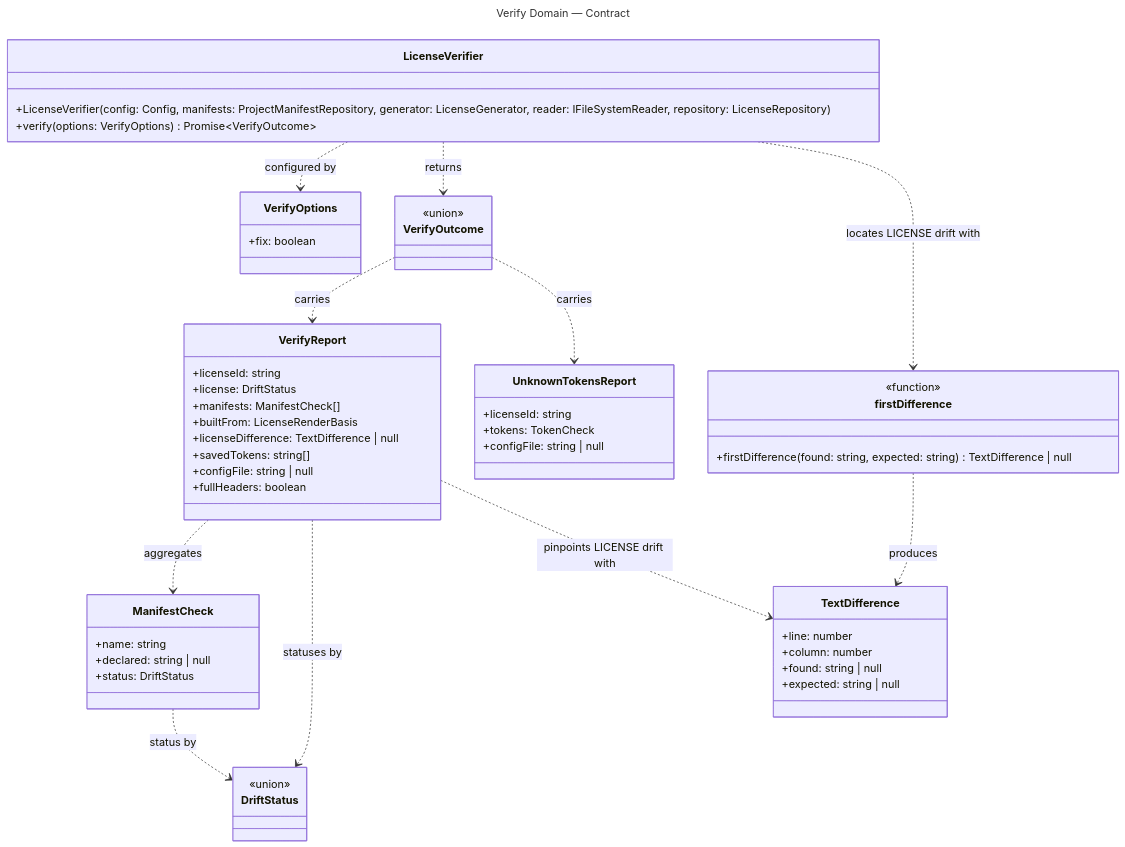
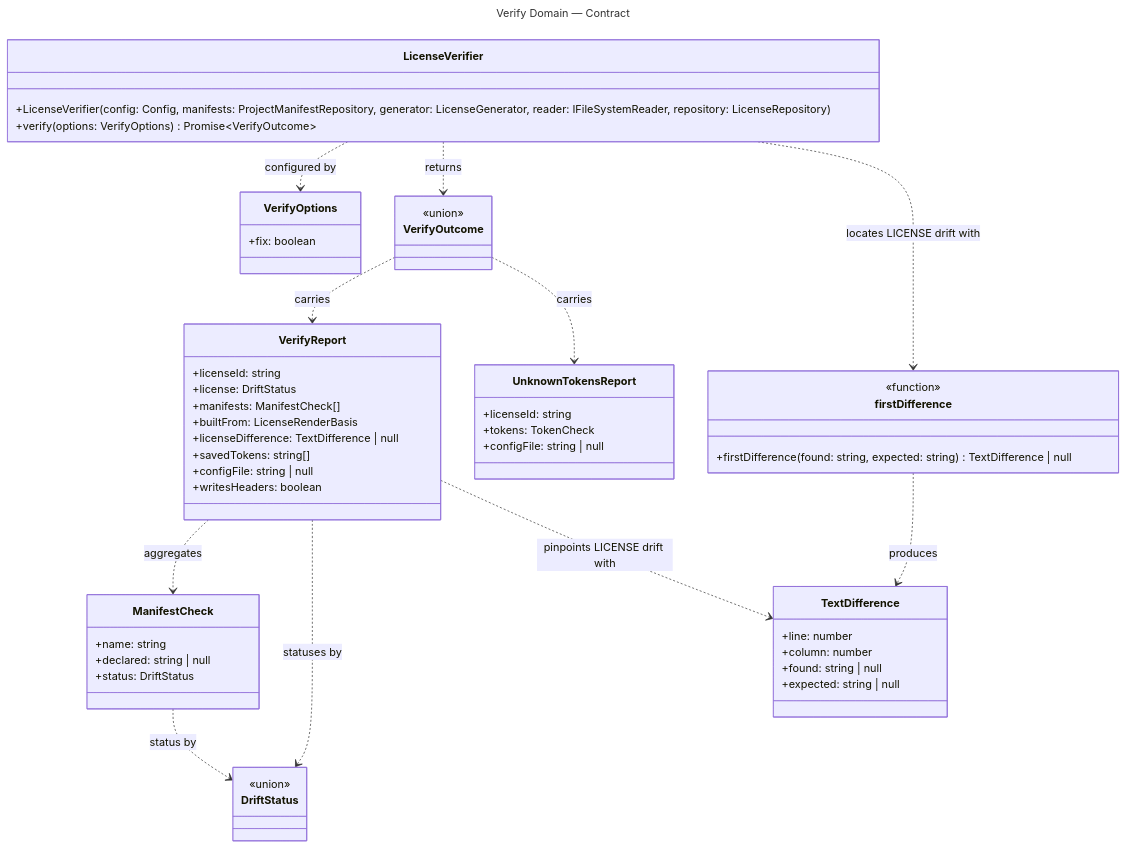
Before and after one commit to erdembircan/license-wizard: the diagram in docs/contracts/domains/verify.mmd, drawn with Mermaid. The commit also changed 8 other files, not shown here.

```diff
--- a/docs/contracts/domains/verify.mmd
+++ b/docs/contracts/domains/verify.mmd
@@ -1,75 +1,75 @@
 ---
 title: Verify Domain — Contract
 ---
 classDiagram
   direction TB
 
   %% Domain: Verify (src root)
   %% Focused per-domain view extracted from ../class-diagram.mmd.
   %% Shows ONLY Verify-domain classes and their intra-domain relationships.
   %% Cross-domain relationships (LicenseWizard creates the verifier; the verifier
   %% reads Configuration, re-renders through Licensing, reads the LICENSE file)
   %% are intentionally omitted — see ../class-diagram.mmd for the full picture.
 
   class LicenseVerifier {
     +LicenseVerifier(config: Config, manifests: ProjectManifestRepository, generator: LicenseGenerator, reader: IFileSystemReader, repository: LicenseRepository)
     +verify(options: VerifyOptions) Promise~VerifyOutcome~
   }
 
   class VerifyOptions {
     +fix: boolean
   }
 
   class VerifyOutcome {
     <<union>>
   }
 
   class VerifyReport {
     +licenseId: string
     +license: DriftStatus
     +manifests: ManifestCheck[]
     +builtFrom: LicenseRenderBasis
     +licenseDifference: TextDifference | null
     +savedTokens: string[]
     +configFile: string | null
-    +fullHeaders: boolean
+    +writesHeaders: boolean
   }
 
   class UnknownTokensReport {
     +licenseId: string
     +tokens: TokenCheck
     +configFile: string | null
   }
 
   class ManifestCheck {
     +name: string
     +declared: string | null
     +status: DriftStatus
   }
 
   class DriftStatus {
     <<union>>
   }
 
   class TextDifference {
     +line: number
     +column: number
     +found: string | null
     +expected: string | null
   }
 
   class firstDifference {
     <<function>>
     +firstDifference(found: string, expected: string) TextDifference | null
   }
 
   LicenseVerifier ..> VerifyOptions : configured by
   LicenseVerifier ..> VerifyOutcome : returns
   LicenseVerifier ..> firstDifference : locates LICENSE drift with
   VerifyOutcome ..> VerifyReport : carries
   VerifyOutcome ..> UnknownTokensReport : carries
   VerifyReport ..> ManifestCheck : aggregates
   VerifyReport ..> DriftStatus : statuses by
   VerifyReport ..> TextDifference : pinpoints LICENSE drift with
   ManifestCheck ..> DriftStatus : status by
   firstDifference ..> TextDifference : produces
```
